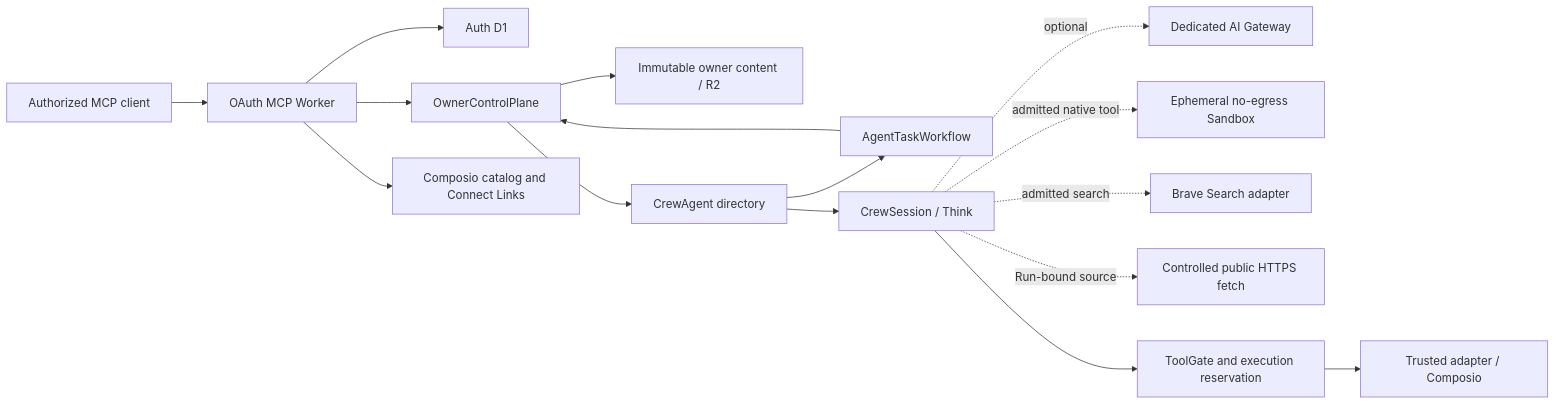
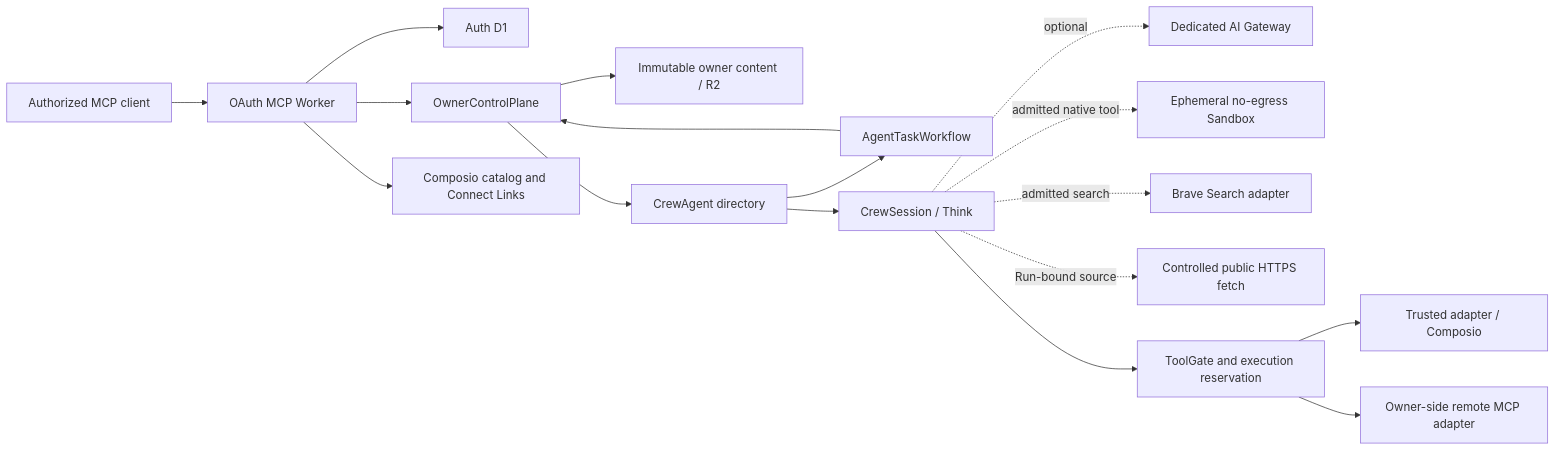
One commit to fkrein1/crewhelm changed the diagram in docs/architecture/system.md. Above: the diagram before and after it, drawn with Mermaid. The commit also changed other lines of this file and 46 other files, not shown here.

First line of the commit message:
feat: proxy remote MCP tools

````diff
--- a/docs/architecture/system.md
+++ b/docs/architecture/system.md
@@ -11,18 +11,19 @@
 ```mermaid
 flowchart LR
     MCP["Authorized MCP client"] --> Worker["OAuth MCP Worker"]
     Worker --> Auth["Auth D1"]
     Worker --> Owner["OwnerControlPlane"]
     Owner --> Content["Immutable owner content / R2"]
     Owner --> Agent["CrewAgent directory"]
     Agent --> Workflow["AgentTaskWorkflow"]
     Workflow --> Owner
     Agent --> Session["CrewSession / Think"]
     Session -. optional .-> Gateway["Dedicated AI Gateway"]
     Session -. admitted native tool .-> Sandbox["Ephemeral no-egress Sandbox"]
     Session -. admitted search .-> Search["Brave Search adapter"]
     Session -. Run-bound source .-> Web["Controlled public HTTPS fetch"]
     Worker --> Catalog["Composio catalog and Connect Links"]
     Session --> Gate["ToolGate and execution reservation"]
     Gate --> Composio["Trusted adapter / Composio"]
+    Gate --> RemoteMCP["Owner-side remote MCP adapter"]
 ```
````
